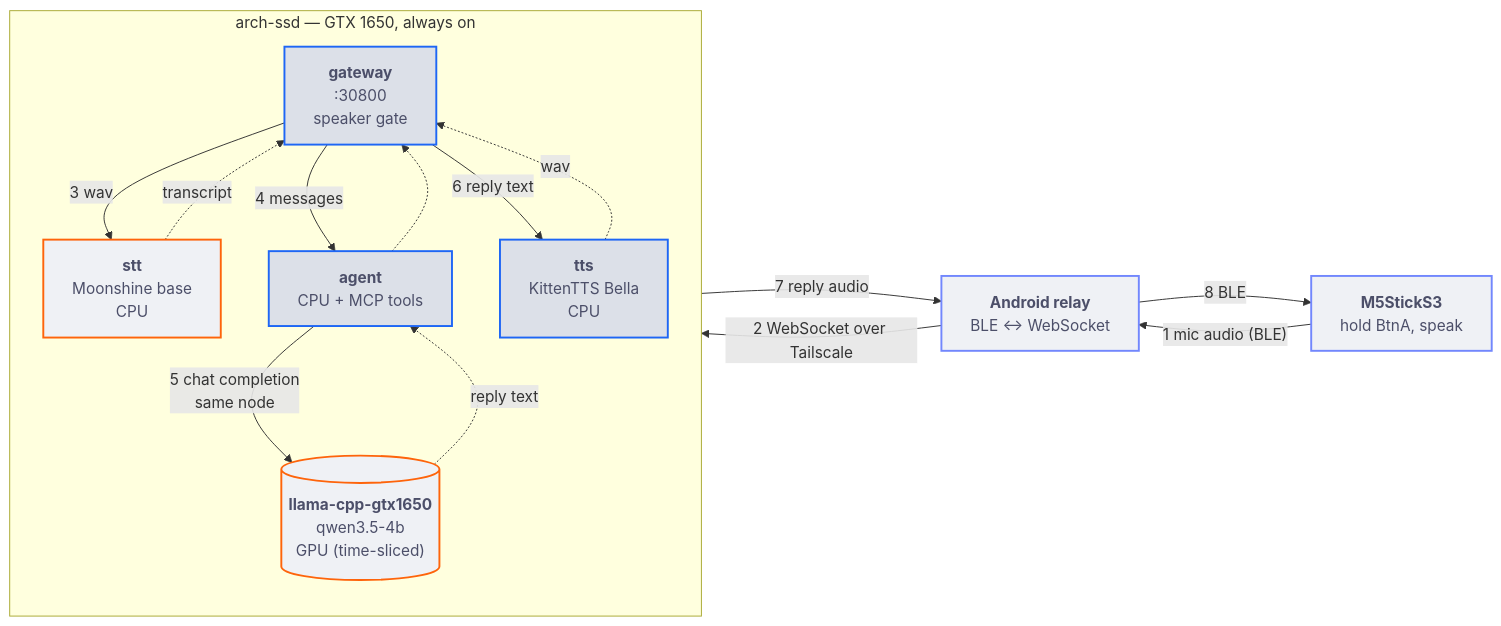
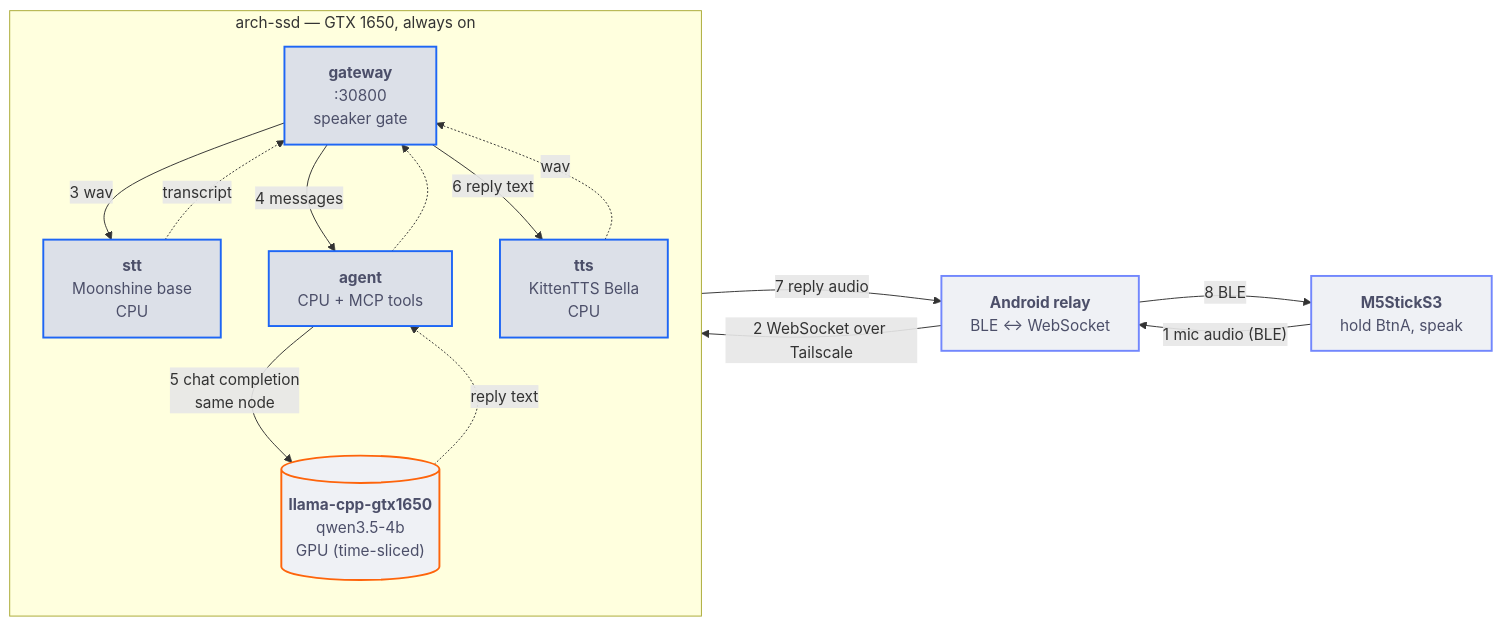
Before and after one commit to adixg/ai-companion: the third of 4 diagrams in README.md, drawn with Mermaid. The commit also changed other lines of this file and 16 other files, not shown here.

````diff
--- a/README.md
+++ b/README.md
@@ -177,34 +178,34 @@
 ```mermaid
 flowchart LR
     stick["<b>M5StickS3</b><br>hold BtnA, speak"]
     phone["<b>Android relay</b><br>BLE ↔ WebSocket"]
 
     subgraph ssd["arch-ssd — GTX 1650, always on"]
         direction TB
         gw["<b>gateway</b><br>:30800<br>speaker gate"]
         stt["<b>stt</b><br>Moonshine base<br>CPU"]
         agent["<b>agent</b><br>CPU + MCP tools"]
         llm[("<b>llama-cpp-gtx1650</b><br>qwen3.5-4b<br>GPU (time-sliced)")]
         tts["<b>tts</b><br>KittenTTS Bella<br>CPU"]
     end
 
     stick -->|"1 mic audio (BLE)"| phone
     phone -->|"2 WebSocket over Tailscale"| gw
     gw -->|"3 wav"| stt
     stt -.->|transcript| gw
     gw -->|"4 messages"| agent
     agent -->|"5 chat completion<br>same node"| llm
     llm -.->|reply text| agent
     agent -.-> gw
     gw -->|"6 reply text"| tts
     tts -.->|wav| gw
     gw -->|"7 reply audio"| phone
     phone -->|"8 BLE"| stick
 
     classDef dev fill:#eff1f5,stroke:#7287fd,stroke-width:2px,color:#4c4f69
     classDef svc fill:#dce0e8,stroke:#1e66f5,stroke-width:2px,color:#4c4f69
     classDef gpu fill:#eff1f5,stroke:#fe640b,stroke-width:2px,color:#4c4f69
     class stick,phone dev
-    class gw,agent,tts svc
-    class stt,llm gpu
+    class gw,stt,agent,tts svc
+    class llm gpu
 ```
````
